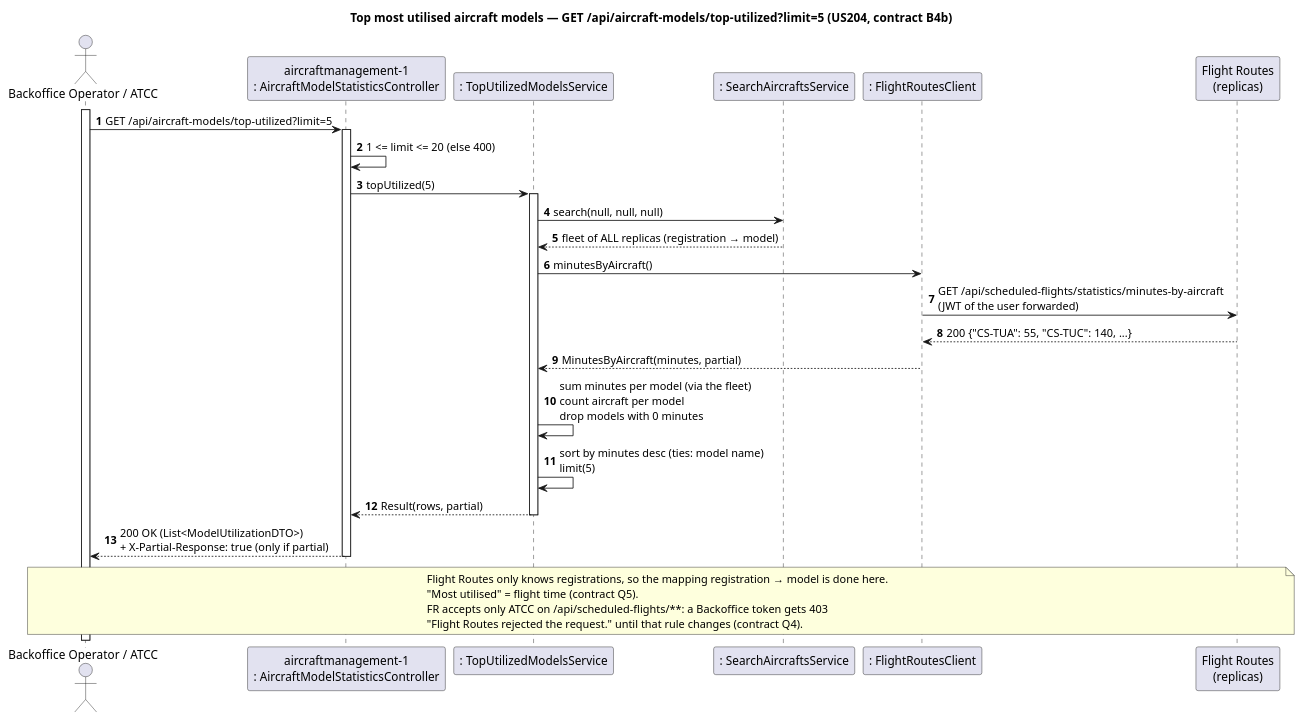
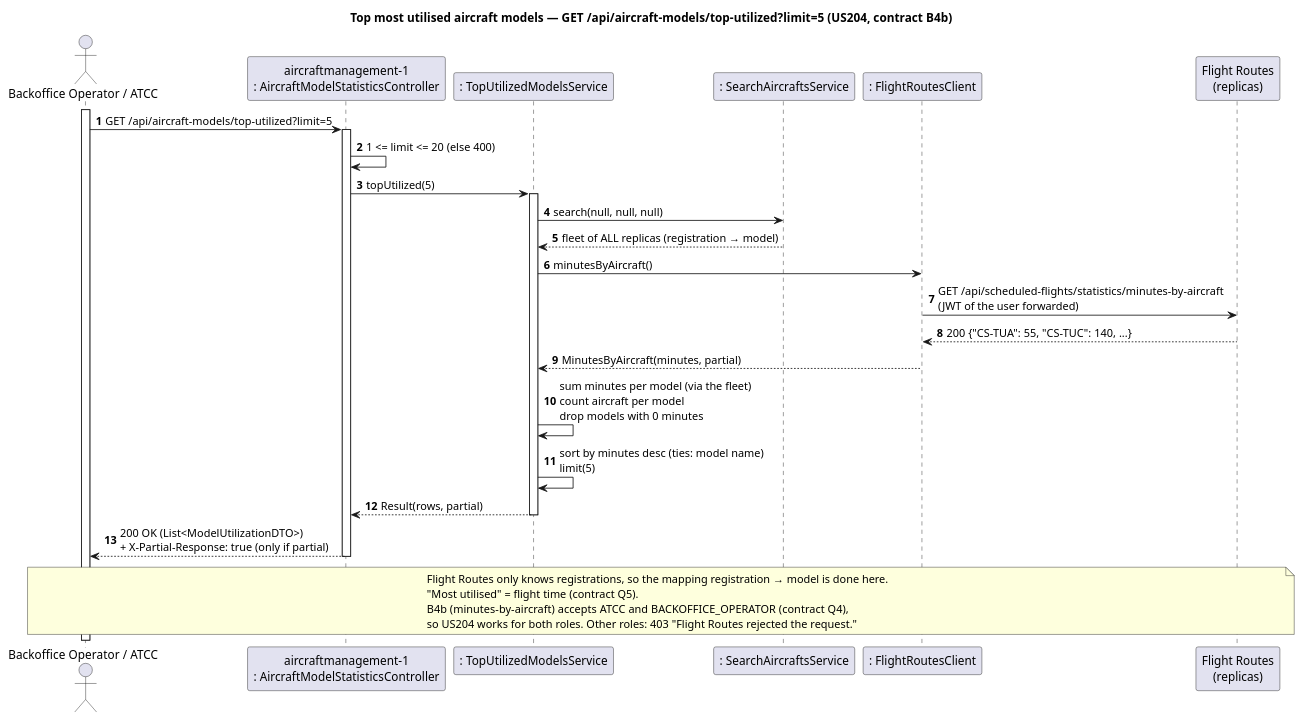
One commit to caetanotiago/Project_SIDIS changed the diagram in docs/5-scenarios/aircraftmanagement/puml/AircraftManagement-SD-TopUtilizedModels.puml. Above: the diagram before and after it, drawn with PlantUML. The commit also changed 31 other files, not shown here.

```diff
--- a/docs/5-scenarios/aircraftmanagement/puml/AircraftManagement-SD-TopUtilizedModels.puml
+++ b/docs/5-scenarios/aircraftmanagement/puml/AircraftManagement-SD-TopUtilizedModels.puml
@@ -1,37 +1,37 @@
 @startuml AircraftManagement-SD-TopUtilizedModels
 autonumber
 title Top most utilised aircraft models — GET /api/aircraft-models/top-utilized?limit=5 (US204, contract B4b)
 actor "Backoffice Operator / ATCC" as User
 participant "aircraftmanagement-1\n: AircraftModelStatisticsController" as Ctrl
 participant ": TopUtilizedModelsService" as Service
 participant ": SearchAircraftsService" as Search
 participant ": FlightRoutesClient" as FRC
 participant "Flight Routes\n(replicas)" as FR
 
 activate User
 User -> Ctrl : GET /api/aircraft-models/top-utilized?limit=5
 activate Ctrl
 Ctrl -> Ctrl : 1 <= limit <= 20 (else 400)
 Ctrl -> Service : topUtilized(5)
 activate Service
 Service -> Search : search(null, null, null)
 Search --> Service : fleet of ALL replicas (registration → model)
 Service -> FRC : minutesByAircraft()
 FRC -> FR : GET /api/scheduled-flights/statistics/minutes-by-aircraft\n(JWT of the user forwarded)
 FR --> FRC : 200 {"CS-TUA": 55, "CS-TUC": 140, ...}
 FRC --> Service : MinutesByAircraft(minutes, partial)
 
 Service -> Service : sum minutes per model (via the fleet)\ncount aircraft per model\ndrop models with 0 minutes
 Service -> Service : sort by minutes desc (ties: model name)\nlimit(5)
 Service --> Ctrl : Result(rows, partial)
 deactivate Service
 Ctrl --> User : 200 OK (List<ModelUtilizationDTO>)\n+ X-Partial-Response: true (only if partial)
 deactivate Ctrl
 
 note over User, FR
   Flight Routes only knows registrations, so the mapping registration → model is done here.
   "Most utilised" = flight time (contract Q5).
-  FR accepts only ATCC on /api/scheduled-flights/**: a Backoffice token gets 403
-  "Flight Routes rejected the request." until that rule changes (contract Q4).
+  B4b (minutes-by-aircraft) accepts ATCC and BACKOFFICE_OPERATOR (contract Q4),
+  so US204 works for both roles. Other roles: 403 "Flight Routes rejected the request."
 end note
 @enduml
```
